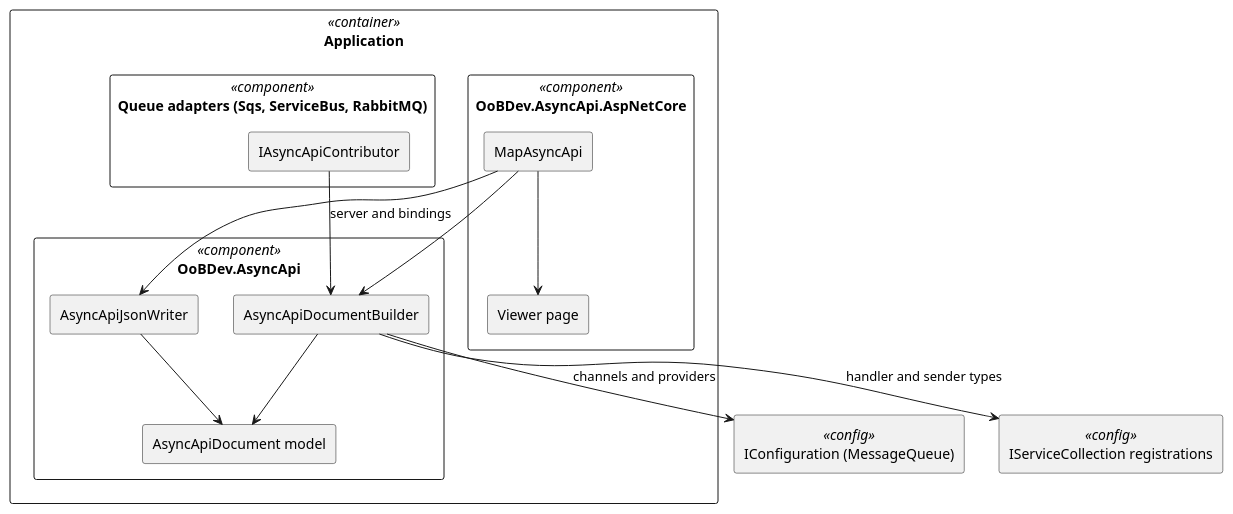
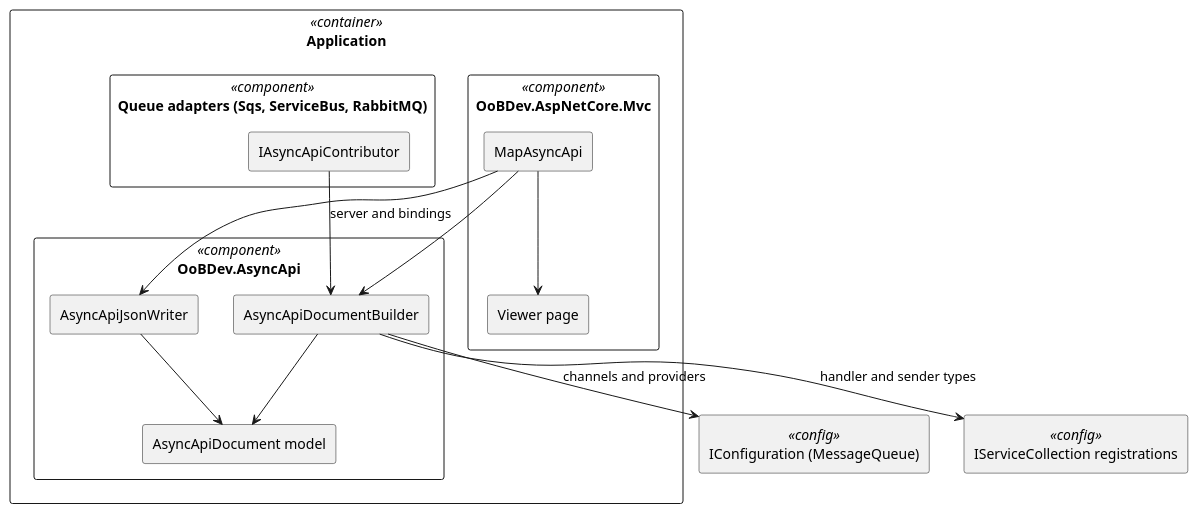
One commit to OutOfBandDevelopment/dotex changed the first of 2 diagrams in docs/design/AsyncApi/architecture.md. Above: the diagram before and after it, drawn with PlantUML. The commit also changed other lines of this file and 32 other files, not shown here.

Commit message:
Publish an AsyncAPI document and viewer for the message queues

````diff
--- a/docs/design/AsyncApi/architecture.md
+++ b/docs/design/AsyncApi/architecture.md
@@ -14,29 +14,29 @@
 ```plantuml
 @startuml
 skinparam componentStyle rectangle
 rectangle "Application" as App <<container>> {
   rectangle "OoBDev.AsyncApi" as Model <<component>> {
     rectangle "AsyncApiDocument model" as M
     rectangle "AsyncApiDocumentBuilder" as B
     rectangle "AsyncApiJsonWriter" as W
   }
-  rectangle "OoBDev.AsyncApi.AspNetCore" as Web <<component>> {
+  rectangle "OoBDev.AspNetCore.Mvc" as Web <<component>> {
     rectangle "MapAsyncApi" as Map
     rectangle "Viewer page" as V
   }
   rectangle "Queue adapters (Sqs, ServiceBus, RabbitMQ)" as Ad <<component>> {
     rectangle "IAsyncApiContributor" as C
   }
 }
 rectangle "IConfiguration (MessageQueue)" as Cfg <<config>>
 rectangle "IServiceCollection registrations" as Reg <<config>>
 B --> Cfg : channels and providers
 B --> Reg : handler and sender types
 C --> B : server and bindings
 B --> M
 W --> M
 Map --> B
 Map --> W
 Map --> V
 @enduml
 ```
````
